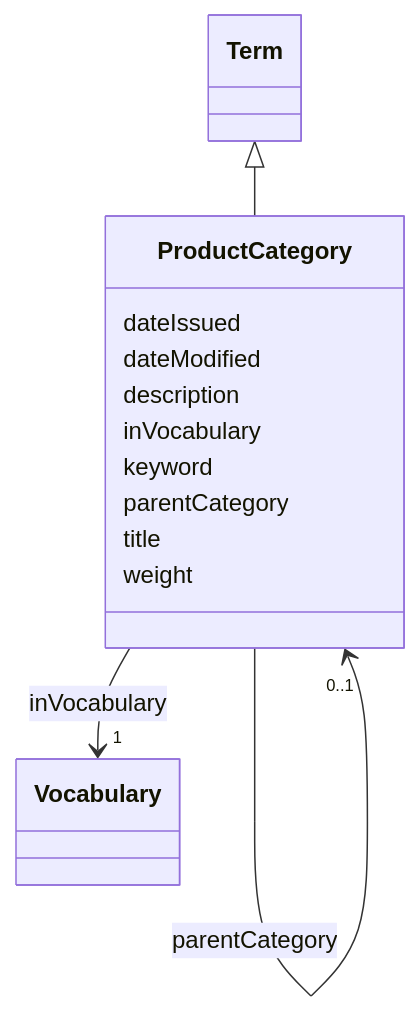
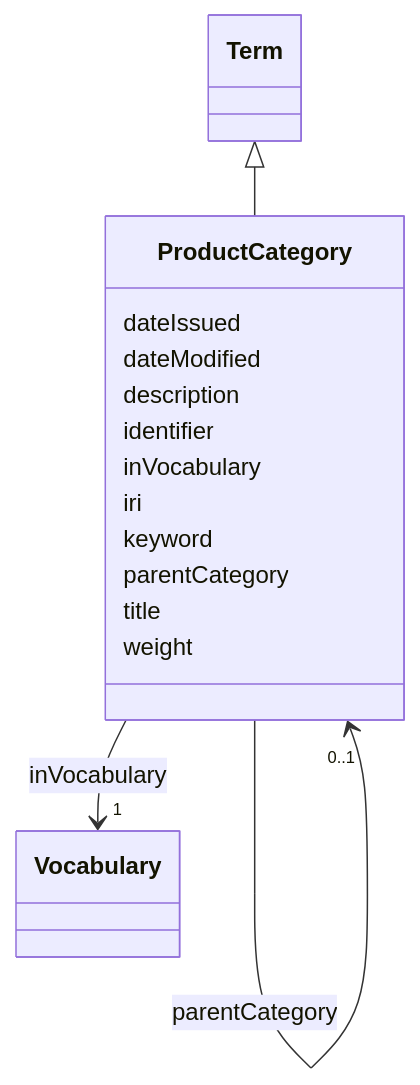
Before and after one commit to EVORA-project/evora-ontology: the diagram in models/docs/ProductCategory.md, drawn with Mermaid. The commit also changed other lines of this file and 391 other files, not shown here.

````diff
--- a/models/docs/ProductCategory.md
+++ b/models/docs/ProductCategory.md
@@ -19,39 +19,43 @@
 ```mermaid
  classDiagram
     class ProductCategory
     click ProductCategory href "../ProductCategory"
       Term <|-- ProductCategory
         click Term href "../Term"
       
       ProductCategory : dateIssued
         
       ProductCategory : dateModified
         
       ProductCategory : description
         
+      ProductCategory : identifier
+        
       ProductCategory : inVocabulary
         
           
     
     
     ProductCategory --> "1" Vocabulary : inVocabulary
     click Vocabulary href "../Vocabulary"
 
+        
+      ProductCategory : iri
         
       ProductCategory : keyword
         
       ProductCategory : parentCategory
         
           
     
     
     ProductCategory --> "0..1" ProductCategory : parentCategory
     click ProductCategory href "../ProductCategory"
 
         
       ProductCategory : title
         
       ProductCategory : weight
         
       
 ```
````
